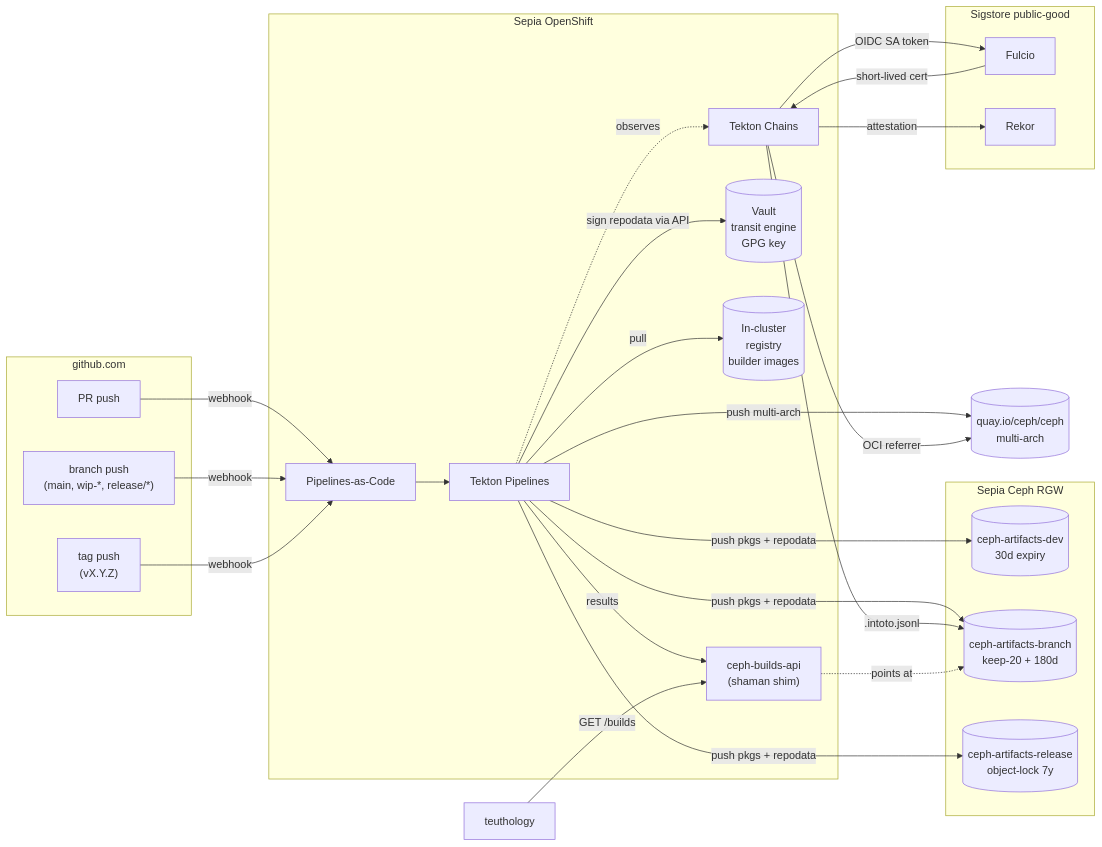
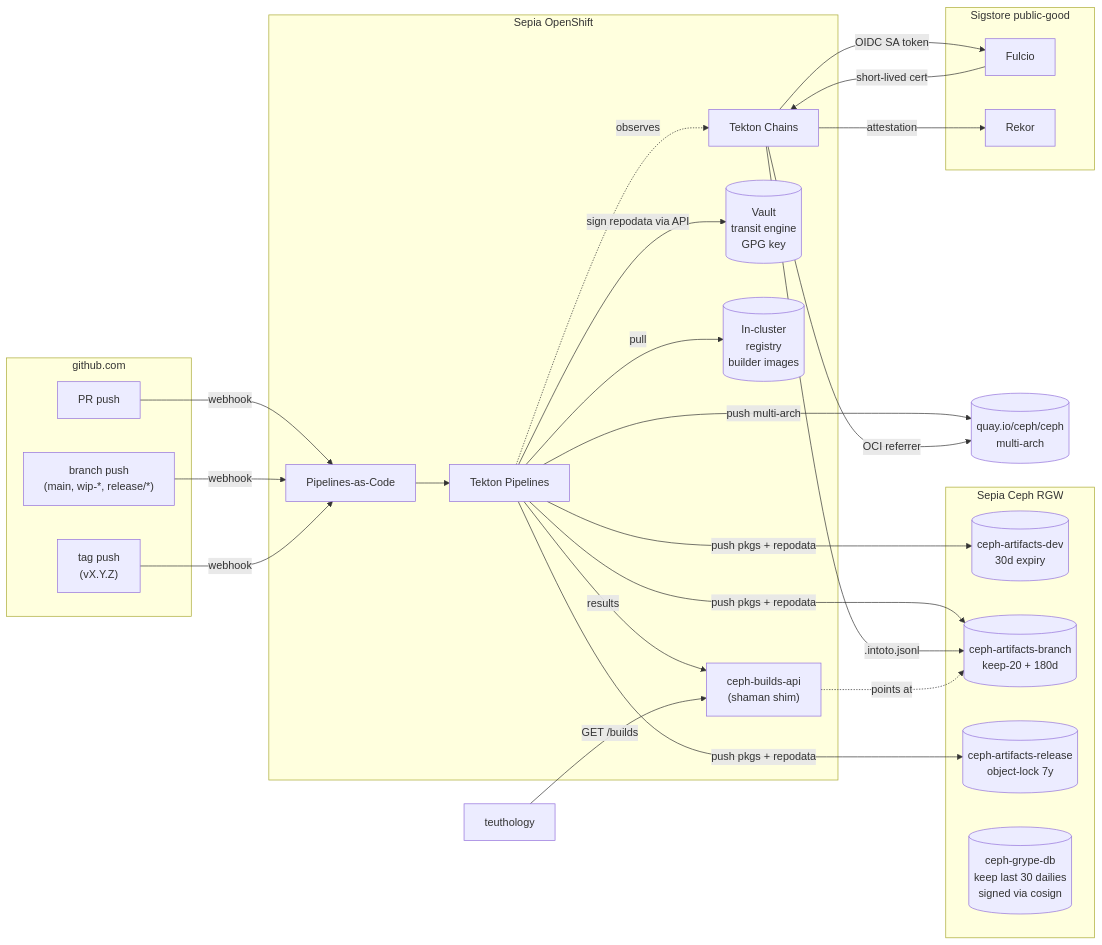
One commit to mmgaggle/ceph-tekton changed the diagram in README.md. Above: the diagram before and after it, drawn with Mermaid. The commit also changed other lines of this file and 9 other files, not shown here.

````diff
--- a/README.md
+++ b/README.md
@@ -145,51 +158,52 @@
 ```mermaid
 flowchart LR
   subgraph GH["github.com"]
     PR["PR push"]
     BR["branch push<br/>(main, wip-*, release/*)"]
     TAG["tag push<br/>(vX.Y.Z)"]
   end
 
   subgraph Sepia["Sepia OpenShift"]
     PAC["Pipelines-as-Code"]
     TK["Tekton Pipelines"]
     CH["Tekton Chains"]
     VAULT[("Vault<br/>transit engine<br/>GPG key")]
     REG[("In-cluster<br/>registry<br/>builder images")]
     API["ceph-builds-api<br/>(shaman shim)"]
   end
 
   subgraph CephRGW["Sepia Ceph RGW"]
     DEV[("ceph-artifacts-dev<br/>30d expiry")]
     BRANCH[("ceph-artifacts-branch<br/>keep-20 + 180d")]
     REL[("ceph-artifacts-release<br/>object-lock 7y")]
+    GRYPEDB[("ceph-grype-db<br/>keep last 30 dailies<br/>signed via cosign")]
   end
 
   subgraph Sigstore["Sigstore public-good"]
     FULCIO["Fulcio"]
     REKOR["Rekor"]
   end
 
   QUAY[("quay.io/ceph/ceph<br/>multi-arch")]
   TEU["teuthology"]
 
   PR -->|webhook| PAC
   BR -->|webhook| PAC
   TAG -->|webhook| PAC
   PAC --> TK
   TK -->|pull| REG
   TK -->|sign repodata via API| VAULT
   TK -->|push pkgs + repodata| DEV
   TK -->|push pkgs + repodata| BRANCH
   TK -->|push pkgs + repodata| REL
   TK -->|push multi-arch| QUAY
   TK -.observes.-> CH
   CH -->|OIDC SA token| FULCIO
   FULCIO -->|short-lived cert| CH
   CH -->|attestation| REKOR
   CH -->|OCI referrer| QUAY
   CH -->|.intoto.jsonl| BRANCH
   TK -->|results| API
   TEU -->|GET /builds| API
   API -.points at.-> BRANCH
 ```
````
